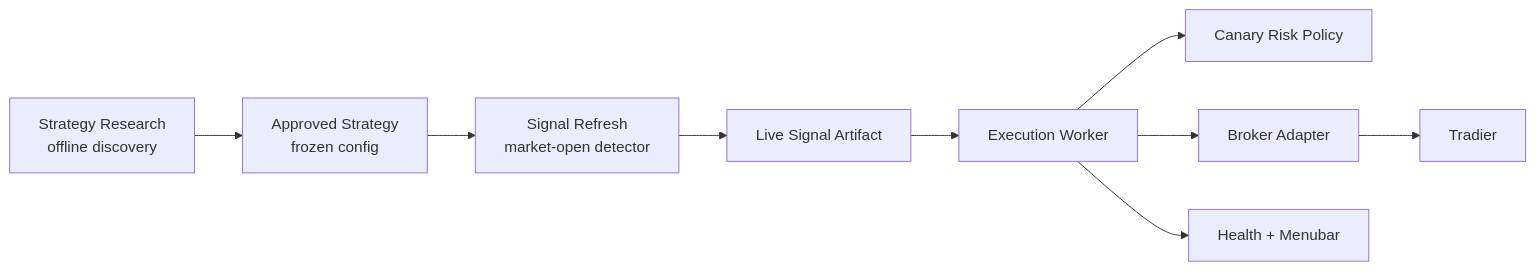
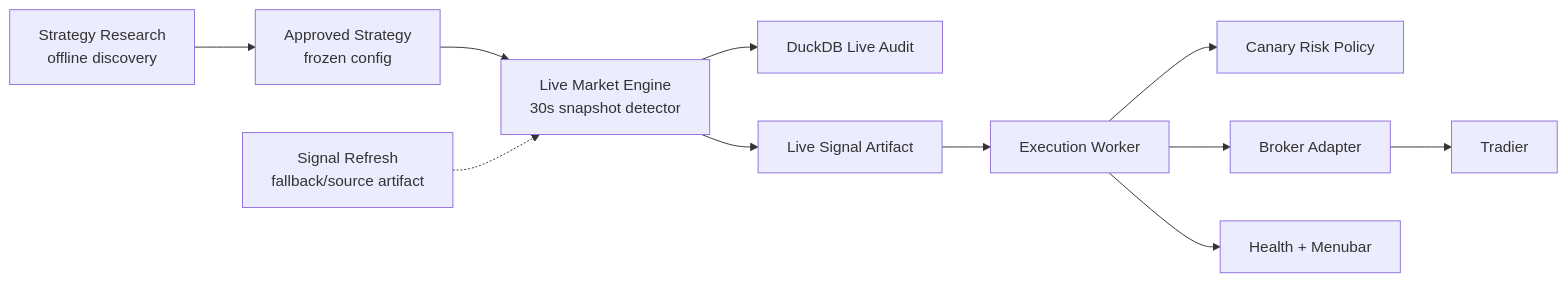
Before and after one commit to 1duo/SpreadFoundry: the first of 2 diagrams in docs/production_architecture.md, drawn with Mermaid. The commit also changed other lines of this file and 12 other files, not shown here.

Commit message:
Add production live market engine

````diff
--- a/docs/production_architecture.md
+++ b/docs/production_architecture.md
@@ -7,11 +7,13 @@
 ```mermaid
 flowchart LR
   R["Strategy Research\noffline discovery"] --> A["Approved Strategy\nfrozen config"]
-  A --> S["Signal Refresh\nmarket-open detector"]
+  A --> S["Live Market Engine\n30s snapshot detector"]
+  S --> D["DuckDB Live Audit"]
   S --> J["Live Signal Artifact"]
+  F["Signal Refresh\nfallback/source artifact"] -.-> S
   J --> W["Execution Worker"]
   W --> K["Canary Risk Policy"]
   W --> B["Broker Adapter"]
   B --> T["Tradier"]
   W --> H["Health + Menubar"]
 ```
````
